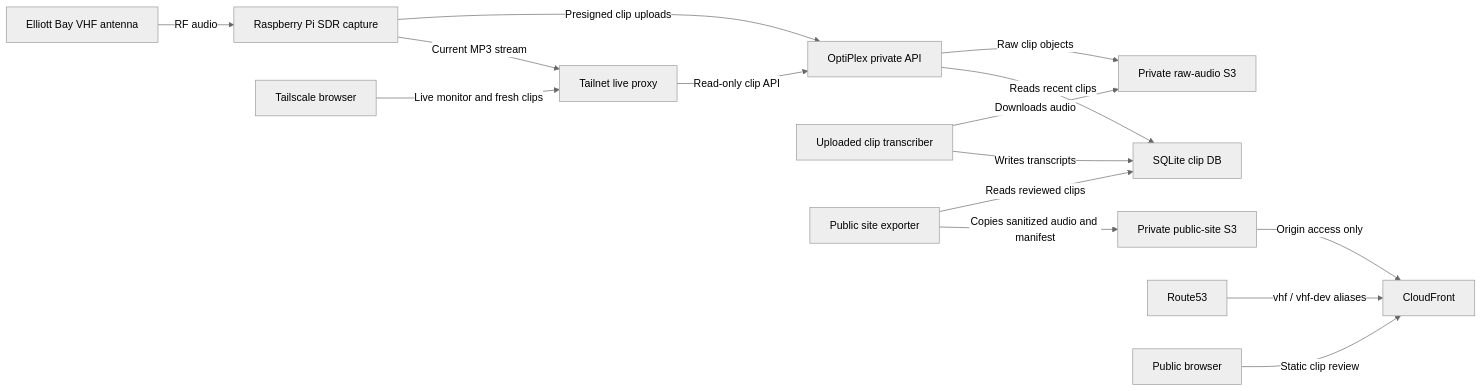
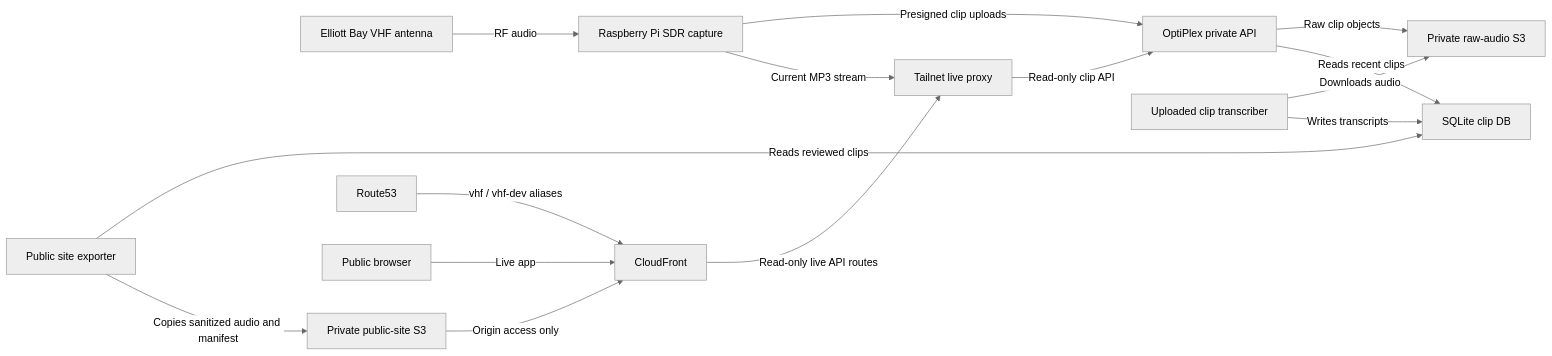
Before and after one commit to boscacci/vhf-seattle: the diagram in README.md, drawn with Mermaid (neutral theme). The commit also changed other lines of this file and 44 other files, not shown here.

Commit message:
Ship live VHF monitor and DSP preview

````diff
--- a/README.md
+++ b/README.md
@@ -18,17 +18,17 @@
 ```mermaid
 flowchart LR
     antenna["Elliott Bay VHF antenna"] -->|"RF audio"| pi["Raspberry Pi SDR capture"]
     pi -->|"Presigned clip uploads"| api["OptiPlex private API"]
     pi -->|"Current MP3 stream"| proxy["Tailnet live proxy"]
     api -->|"Raw clip objects"| raw["Private raw-audio S3"]
     worker["Uploaded clip transcriber"] -->|"Downloads audio"| raw
     worker -->|"Writes transcripts"| db["SQLite clip DB"]
     api -->|"Reads recent clips"| db
     exporter["Public site exporter"] -->|"Reads reviewed clips"| db
     exporter -->|"Copies sanitized audio and manifest"| publicS3["Private public-site S3"]
     publicS3 -->|"Origin access only"| cdn["CloudFront"]
     dns["Route53"] -->|"vhf / vhf-dev aliases"| cdn
-    browser["Public browser"] -->|"Static clip review"| cdn
-    tailnet["Tailscale browser"] -->|"Live monitor and fresh clips"| proxy
+    browser["Public browser"] -->|"Live app"| cdn
+    cdn -->|"Read-only live API routes"| proxy
     proxy -->|"Read-only clip API"| api
 ```
````
